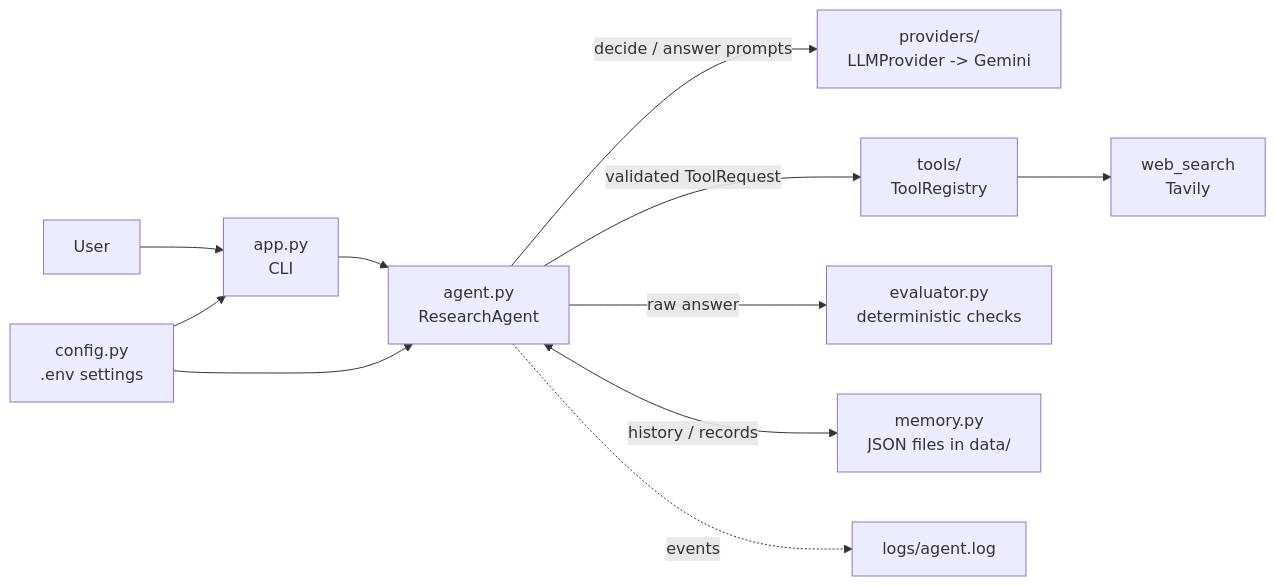
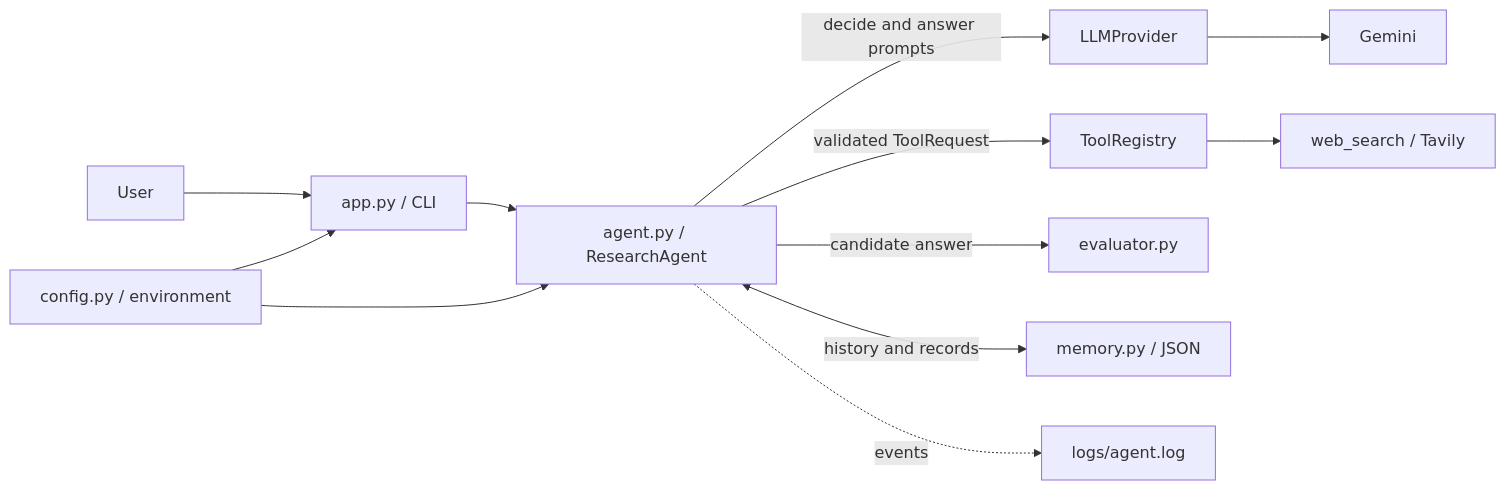
One commit to reezanikeghbal-design/mini-research-agent changed the diagram in README.md. Above: the diagram before and after it, drawn with Mermaid. The commit also changed other lines of this file, not shown here.

Commit message:
Upgrade README for professional AI agent engineering presentation

````diff
--- a/README.md
+++ b/README.md
@@ -34,13 +36,14 @@
 ```mermaid
 flowchart LR
-    U[User] --> CLI[app.py<br/>CLI]
-    CLI --> A[agent.py<br/>ResearchAgent]
-    A -->|decide / answer prompts| P[providers/<br/>LLMProvider -> Gemini]
-    A -->|validated ToolRequest| R[tools/<br/>ToolRegistry]
-    R --> W[web_search<br/>Tavily]
-    A -->|raw answer| E[evaluator.py<br/>deterministic checks]
-    A <-->|history / records| M[memory.py<br/>JSON files in data/]
+    U[User] --> CLI[app.py / CLI]
+    CLI --> A[agent.py / ResearchAgent]
+    A -->|decide and answer prompts| P[LLMProvider]
+    P --> G[Gemini]
+    A -->|validated ToolRequest| R[ToolRegistry]
+    R --> W[web_search / Tavily]
+    A -->|candidate answer| E[evaluator.py]
+    A <-->|history and records| M[memory.py / JSON]
     A -.->|events| L[logs/agent.log]
-    CFG[config.py<br/>.env settings] --> CLI
+    CFG[config.py / environment] --> CLI
     CFG --> A
 ```
````
